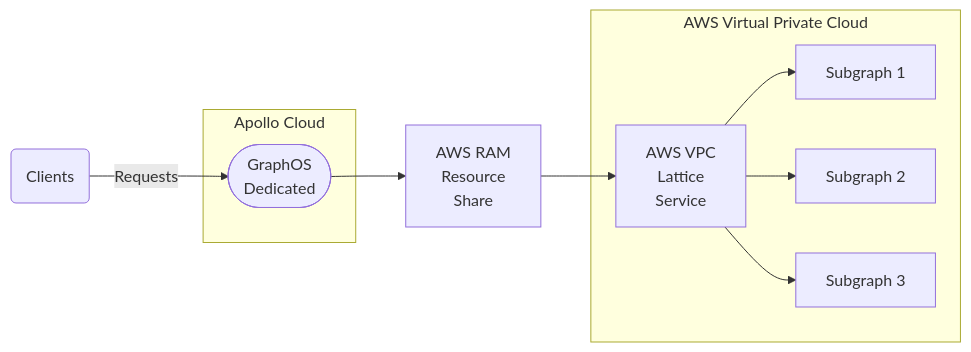
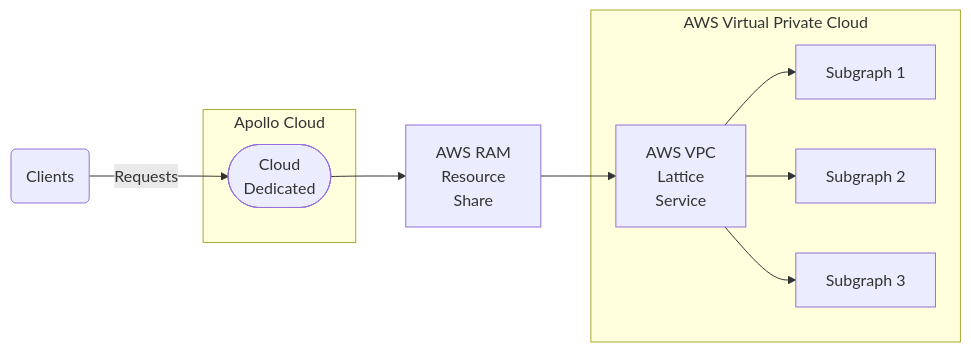
Before and after one commit to apollographql/docs: the diagram in src/content/graphos/basics/routing/cloud-dedicated/lattice.mdx, drawn with Mermaid. The commit also changed 1 other file, not shown here.

Commit message:
Replace "GraphOS Cloud" with "Cloud Dedicated".

````diff
--- a/src/content/graphos/basics/routing/cloud-dedicated/lattice.mdx
+++ b/src/content/graphos/basics/routing/cloud-dedicated/lattice.mdx
@@ -10,20 +10,20 @@
 ```mermaid
 flowchart LR;
   clients(Clients);
   subgraph "Apollo Cloud";
-    router(["GraphOS <br/> Dedicated"]);
+    router(["Cloud <br/> Dedicated"]);
   end;
   resourceshare["AWS RAM <br/> Resource <br/> Share"]
   subgraph "AWS Virtual Private Cloud"
     lattice[AWS VPC <br/> Lattice <br/> Service]
     service1[Subgraph 1];
     service2[Subgraph 2];
     service3[Subgraph 3];
   end;
 
   router --> resourceshare
   resourceshare --> lattice
   lattice --> service1 & service2 & service3;
 
   clients -->|Requests| router;
 ```
````
